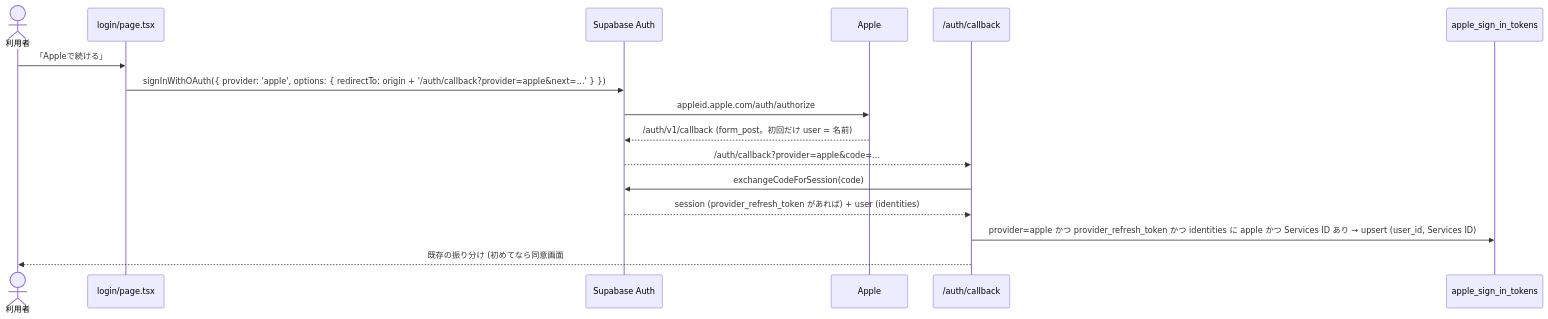
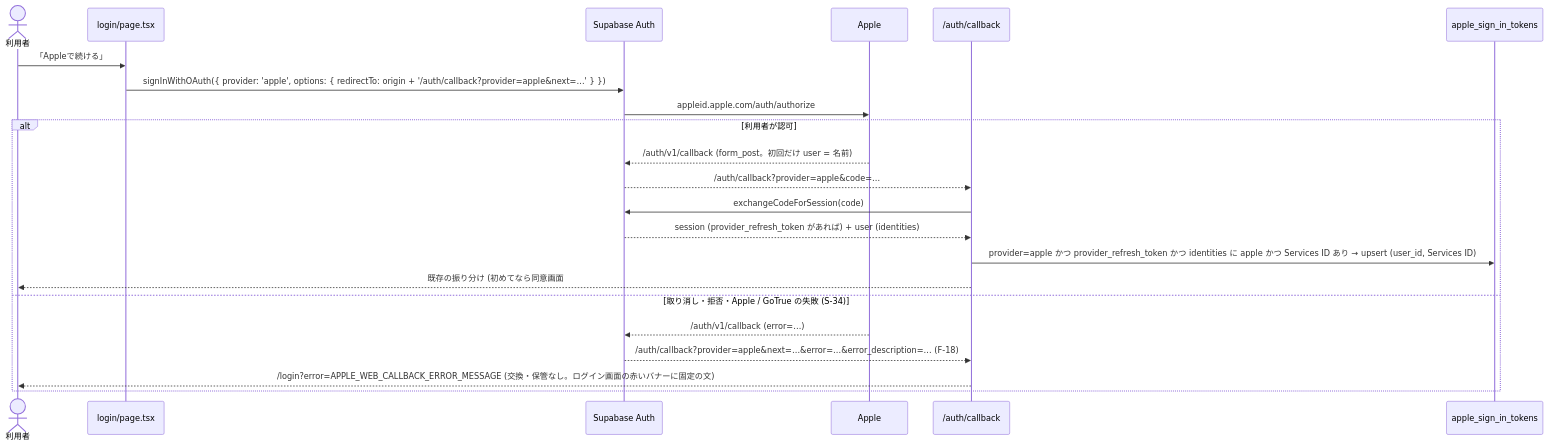
One commit to DaisukeHori/homegohan-app changed the third of 3 diagrams in docs/design/mobile/06-sign-in-with-apple.md. Above: the diagram before and after it, drawn with Mermaid. The commit also changed other lines of this file, not shown here.

First line of the commit message:
docs(design): Sign in with Apple 設計 v1.10 周 5 の審査の反映

````diff
--- a/docs/design/mobile/06-sign-in-with-apple.md
+++ b/docs/design/mobile/06-sign-in-with-apple.md
@@ -574,19 +593,25 @@
 ```mermaid
 sequenceDiagram
     actor U as 利用者
     participant P as login/page.tsx
     participant G as Supabase Auth
     participant A as Apple
     participant C as /auth/callback
     participant DB as apple_sign_in_tokens
 
     U->>P: 「Appleで続ける」
     P->>G: signInWithOAuth({ provider: 'apple', options: { redirectTo: origin + '/auth/callback?provider=apple&next=…' } })
     G->>A: appleid.apple.com/auth/authorize
-    A-->>G: /auth/v1/callback (form_post。初回だけ user = 名前)
-    G-->>C: /auth/callback?provider=apple&code=…
-    C->>G: exchangeCodeForSession(code)
-    G-->>C: session (provider_refresh_token があれば) + user (identities)
-    C->>DB: provider=apple かつ provider_refresh_token かつ identities に apple かつ Services ID あり → upsert (user_id, Services ID)
-    C-->>U: 既存の振り分け (初めてなら同意画面 #1435)
+    alt 利用者が認可
+        A-->>G: /auth/v1/callback (form_post。初回だけ user = 名前)
+        G-->>C: /auth/callback?provider=apple&code=…
+        C->>G: exchangeCodeForSession(code)
+        G-->>C: session (provider_refresh_token があれば) + user (identities)
+        C->>DB: provider=apple かつ provider_refresh_token かつ identities に apple かつ Services ID あり → upsert (user_id, Services ID)
+        C-->>U: 既存の振り分け (初めてなら同意画面 #1435)
+    else 取り消し・拒否・Apple / GoTrue の失敗 (S-34)
+        A-->>G: /auth/v1/callback (error=…)
+        G-->>C: /auth/callback?provider=apple&next=…&error=…&error_description=… (F-18)
+        C-->>U: /login?error=APPLE_WEB_CALLBACK_ERROR_MESSAGE (交換・保管なし。ログイン画面の赤いバナーに固定の文)
+    end
 ```
````
